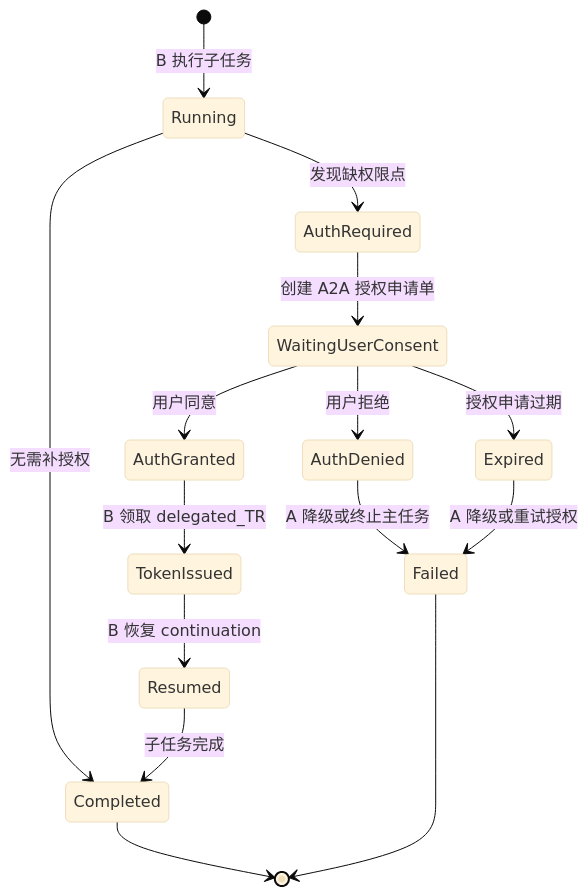
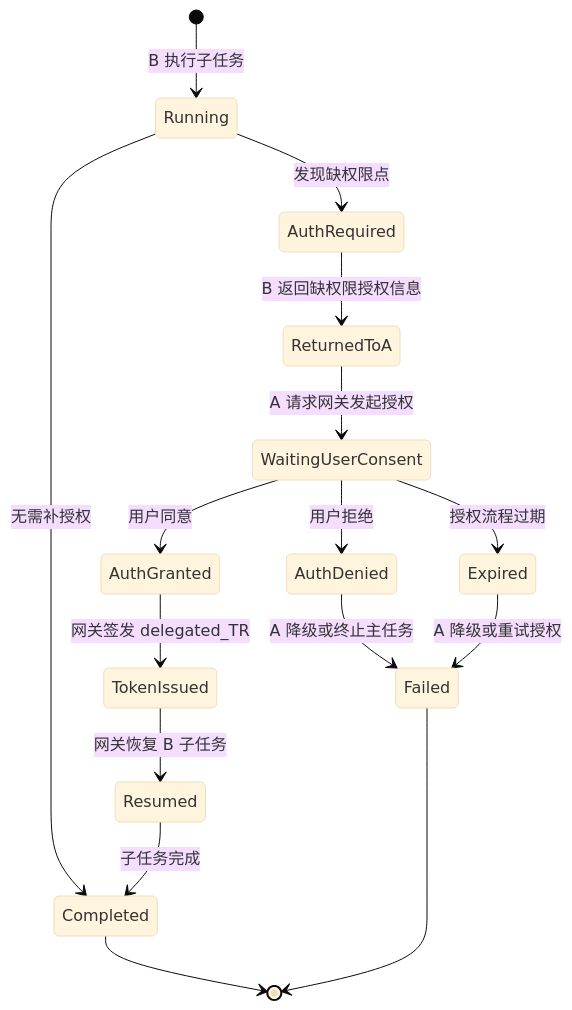
The fifth of 5 diagrams in docs/final_design/10_A2A委托授权与Agent安全方案.md (xuning117634-ux/auth-design-spec), drawn with Mermaid (base theme) before and after one commit. The commit also changed other lines of this file and 1 other file, not shown here.

````diff
--- a/docs/final_design/10_A2A委托授权与Agent安全方案.md
+++ b/docs/final_design/10_A2A委托授权与Agent安全方案.md
@@ -310,17 +335,18 @@
 ```mermaid
 stateDiagram-v2
     [*] --> Running: B 执行子任务
     Running --> Completed: 无需补授权
     Running --> AuthRequired: 发现缺权限点
-    AuthRequired --> WaitingUserConsent: 创建 A2A 授权申请单
+    AuthRequired --> ReturnedToA: B 返回缺权限授权信息
+    ReturnedToA --> WaitingUserConsent: A 请求网关发起授权
     WaitingUserConsent --> AuthGranted: 用户同意
     WaitingUserConsent --> AuthDenied: 用户拒绝
-    WaitingUserConsent --> Expired: 授权申请过期
-    AuthGranted --> TokenIssued: B 领取 delegated_TR
-    TokenIssued --> Resumed: B 恢复 continuation
+    WaitingUserConsent --> Expired: 授权流程过期
+    AuthGranted --> TokenIssued: 网关签发 delegated_TR
+    TokenIssued --> Resumed: 网关恢复 B 子任务
     Resumed --> Completed: 子任务完成
     AuthDenied --> Failed: A 降级或终止主任务
     Expired --> Failed: A 降级或重试授权
     Completed --> [*]
     Failed --> [*]
 ```
````
